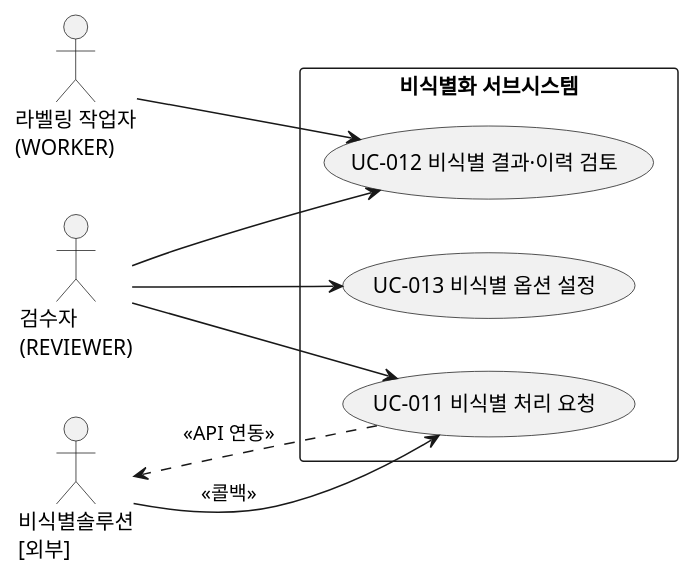
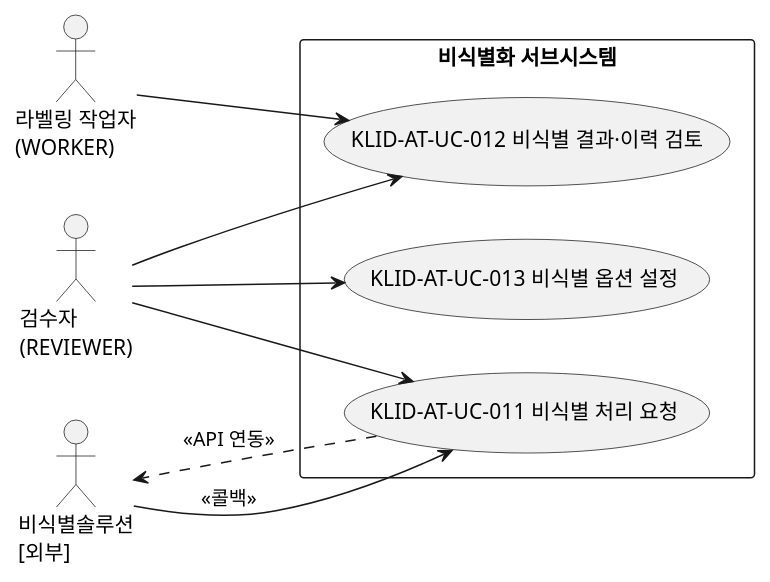
Before and after one commit to New-stella/klid-label: the fifth of 5 diagrams in docs/design/R2-유스케이스명세서.md, drawn with PlantUML. The commit also changed other lines of this file and 17 other files, not shown here.

````diff
--- a/docs/design/R2-유스케이스명세서.md
+++ b/docs/design/R2-유스케이스명세서.md
@@ -149,21 +149,21 @@
 ```plantuml
 @startuml
 left to right direction
 actor "검수자\n(REVIEWER)" as REVIEWER
 actor "라벨링 작업자\n(WORKER)" as WORKER
 actor "비식별솔루션\n[외부]" as DEID
 
 rectangle "비식별화 서브시스템" {
-  usecase "UC-011 비식별 처리 요청" as UC011
-  usecase "UC-012 비식별 결과·이력 검토" as UC012
-  usecase "UC-013 비식별 옵션 설정" as UC013
+  usecase "KLID-AT-UC-011 비식별 처리 요청" as UC011
+  usecase "KLID-AT-UC-012 비식별 결과·이력 검토" as UC012
+  usecase "KLID-AT-UC-013 비식별 옵션 설정" as UC013
 }
 
 REVIEWER --> UC011
 REVIEWER --> UC013
 REVIEWER --> UC012
 WORKER --> UC012
 UC011 ..> DEID : <<API 연동>>
 DEID --> UC011 : <<콜백>>
 @enduml
 ```
````
